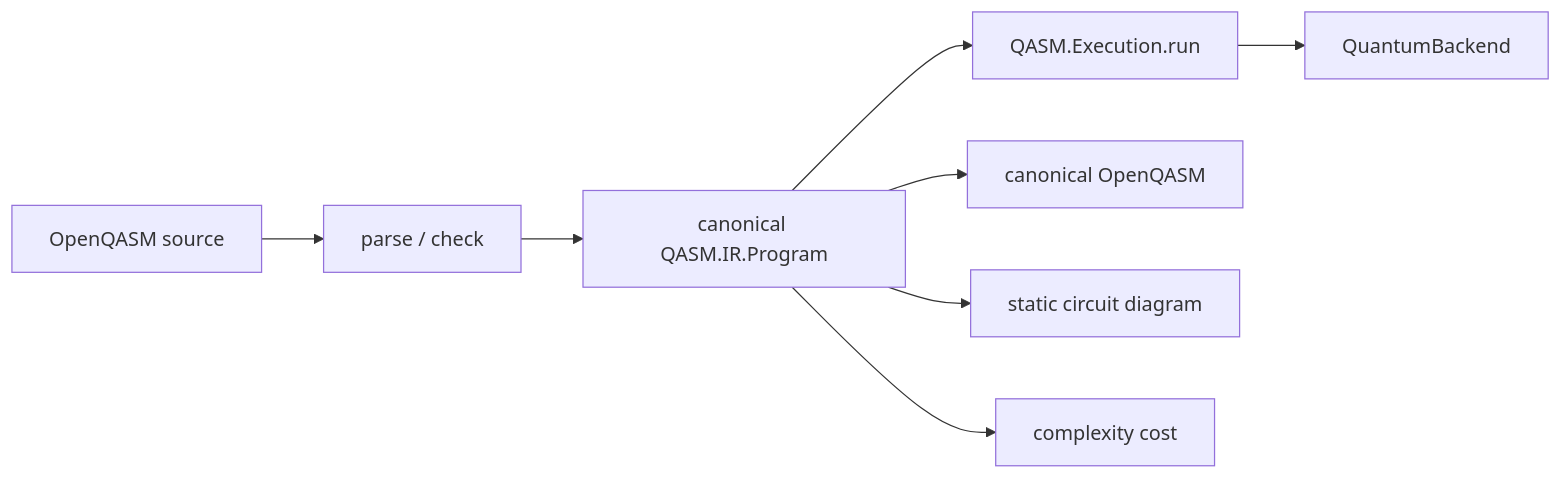
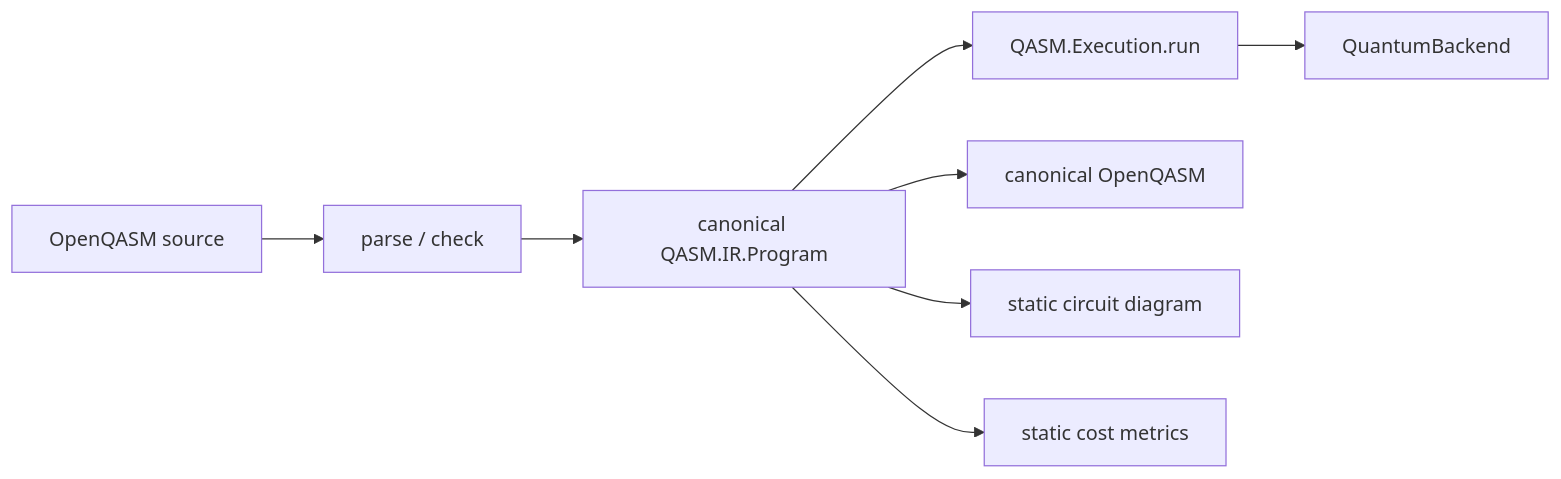
One commit to tani/lean-qasm changed the diagram in README.md. Above: the diagram before and after it, drawn with Mermaid. The commit also changed other lines of this file and 4 other files, not shown here.

Commit message:
Rename cost API to Metrics and measure

````diff
--- a/README.md
+++ b/README.md
@@ -8,10 +8,10 @@
 ```mermaid
 flowchart LR
     Source["OpenQASM source"] --> Frontend["parse / check"]
     Frontend --> IR["canonical QASM.IR.Program"]
     IR --> Execute["QASM.Execution.run"]
     Execute --> Backend["QuantumBackend"]
     IR --> Emit["canonical OpenQASM"]
     IR --> Diagram["static circuit diagram"]
-    IR --> Cost["complexity cost"]
+    IR --> Cost["static cost metrics"]
 ```
````
